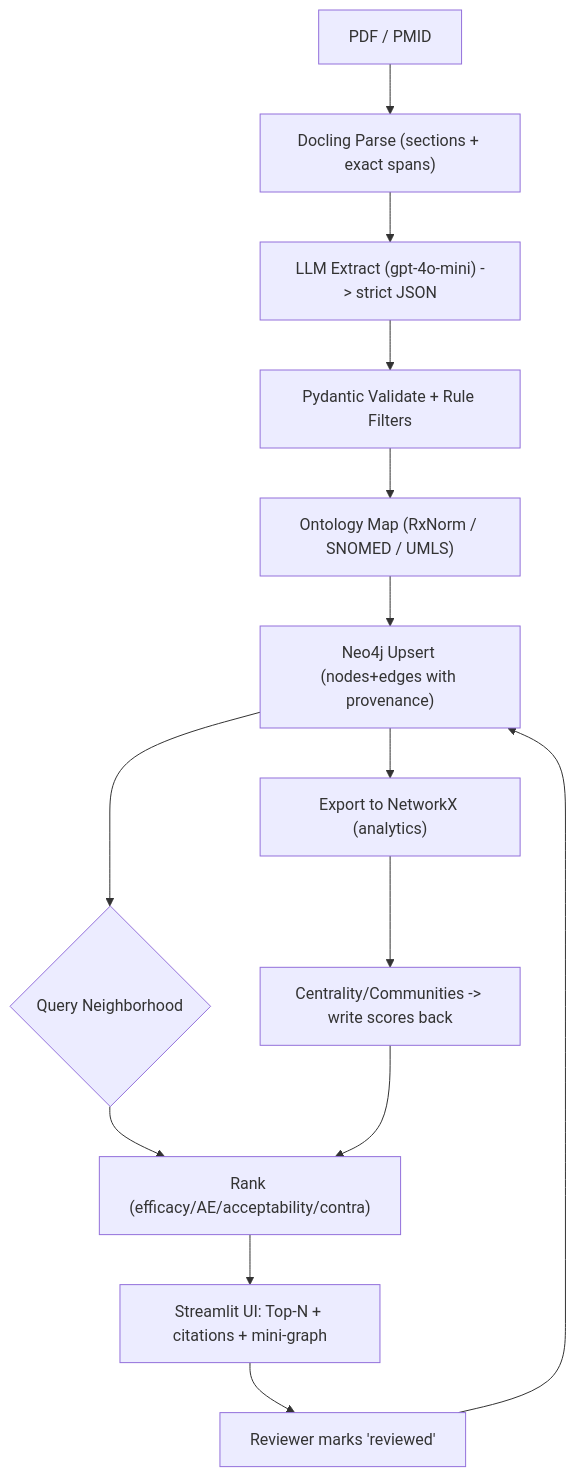
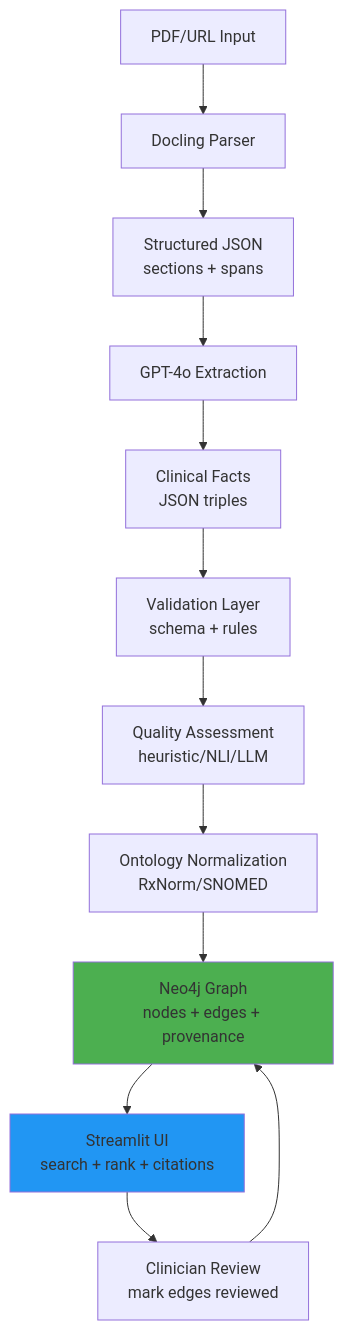
Before and after one commit to aarondon1/Brightside-Health-1B: the diagram in README.md, drawn with Mermaid. The commit also changed other lines of this file and 2 other files, not shown here.

````diff
--- a/README.md
+++ b/README.md
@@ -17,18 +27,17 @@
 ```mermaid
 flowchart TD
-  A[PDF / PMID] --> B["Docling Parse (sections + exact spans)"]
-  B --> C["LLM Extract (gpt-4o-mini) -> strict JSON"]
-  C --> D["Pydantic Validate + Rule Filters"]
-  D --> E["Ontology Map (RxNorm / SNOMED / UMLS)"]
-  E --> F["Neo4j Upsert (nodes+edges with provenance)"]
-  F --> G{Query Neighborhood}
-  G --> H["Rank (efficacy/AE/acceptability/contra)"]
-  H --> I["Streamlit UI: Top-N + citations + mini-graph"]
-  I --> J["Reviewer marks 'reviewed'"]
-  J --> F
-  F --> K["Export to NetworkX (analytics)"]
-  K --> L["Centrality/Communities -> write scores back"]
-  L --> H
+    A[PDF/URL Input] --> B[Docling Parser]
+    B --> C[Structured JSON<br/>sections + spans]
+    C --> D[GPT-4o Extraction]
+    D --> E[Clinical Facts<br/>JSON triples]
+    E --> F[Validation Layer<br/>schema + rules]
+    F --> G[Quality Assessment<br/>heuristic/NLI/LLM]
+    G --> H[Ontology Normalization<br/>RxNorm/SNOMED]
+    H --> I[Neo4j Graph<br/>nodes + edges + provenance]
+    I --> J[Streamlit UI<br/>search + rank + citations]
+    J --> K[Clinician Review<br/>mark edges reviewed]
+    K --> I
 
-
+    style I fill:#4CAF50
+    style J fill:#2196F3
 ```
````
